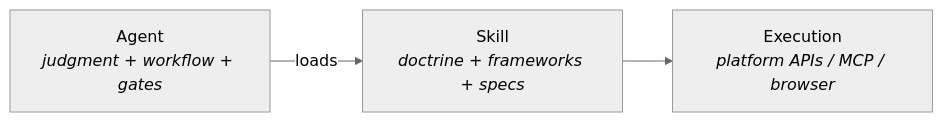
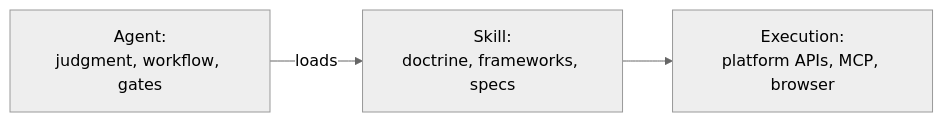
Before and after one commit to rghrmkr1993/ad-campaign-skills: the diagram in ad-campaign-director/README.md, drawn with Mermaid (neutral theme). The commit also changed 1 other file, not shown here.

Commit message:
Fix mermaid diagrams: simplify labels for GitHub renderer

````diff
--- a/ad-campaign-director/README.md
+++ b/ad-campaign-director/README.md
@@ -18,5 +18,5 @@
 ```mermaid
 flowchart LR
-    A["Agent<br/><i>judgment + workflow + gates</i>"] -->|loads| S["Skill<br/><i>doctrine + frameworks + specs</i>"]
-    S --> E["Execution<br/><i>platform APIs / MCP / browser</i>"]
+    A["Agent:<br/>judgment, workflow, gates"] -->|loads| S["Skill:<br/>doctrine, frameworks, specs"]
+    S --> E["Execution:<br/>platform APIs, MCP, browser"]
 ```
````
